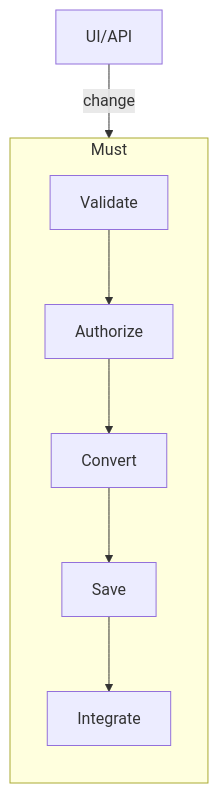
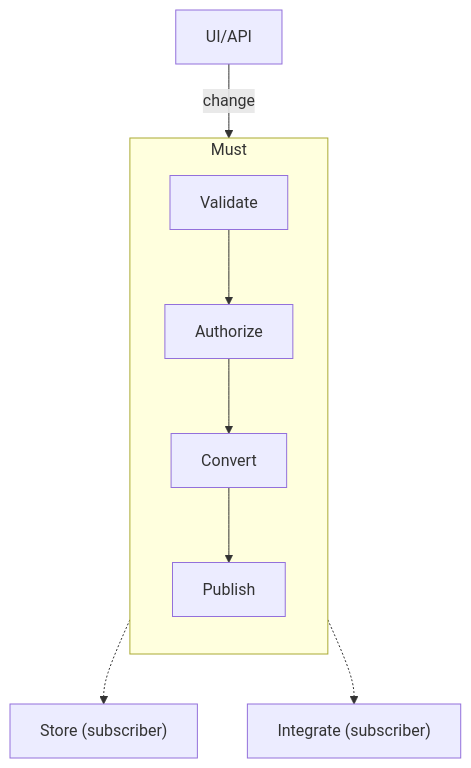
One commit to type1fool/must changed the diagram in README.md. Above: the diagram before and after it, drawn with Mermaid. The commit also changed other lines of this file and 9 other files, not shown here.

````diff
--- a/README.md
+++ b/README.md
@@ -152,19 +142,22 @@
 ```mermaid
 flowchart TD
   UI@{shape: rect, label: "UI/API"}
   VALIDATE@{shape: rect, label: "Validate"}
   AUTHORIZE@{shape: rect, label: "Authorize"}
   CONVERT@{shape: rect, label: "Convert"}
-  SAVE@{shape: rect, label: "Save"}
-  HANDLE@{shape: rect, label: "Integrate"}
+  PUBLISH@{shape: rect, label: "Publish"}
+  STORE@{shape: rect, label: "Store (subscriber)"}
+  HANDLE@{shape: rect, label: "Integrate (subscriber)"}
 
   UI -- change --> Must
 
   subgraph Must
     direction TD
     VALIDATE --> AUTHORIZE
     AUTHORIZE --> CONVERT
-    CONVERT --> SAVE
-    SAVE --> HANDLE
+    CONVERT --> PUBLISH
   end
+
+  PUBLISH -.-> STORE
+  PUBLISH -.-> HANDLE
 ```
````
